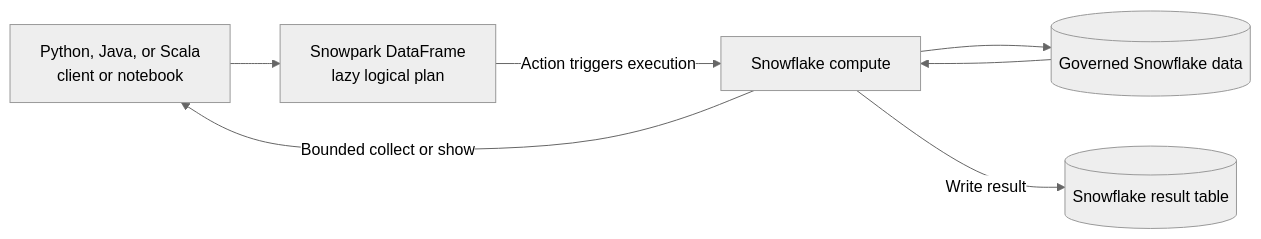
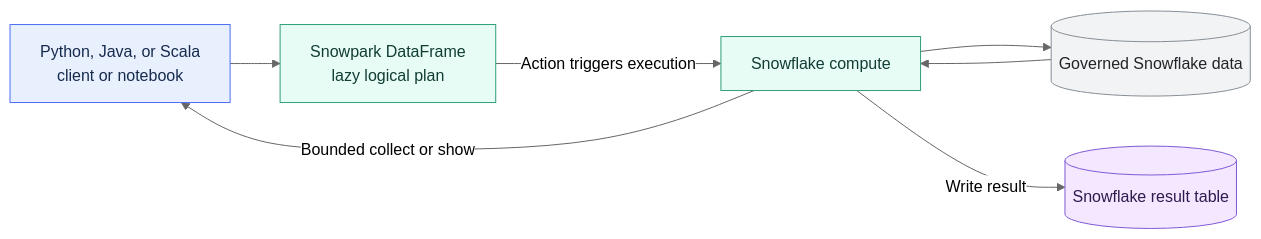
The diagram in 01 Snowflake/05 Advanced Analytics and AI/32 Snowpark.md (shonningsoy/Upskill), drawn with Mermaid (neutral theme) before and after one commit. The commit also changed other lines of this file and 12 other files, not shown here.

````diff
--- a/01 Snowflake/05 Advanced Analytics and AI/32 Snowpark.md
+++ b/01 Snowflake/05 Advanced Analytics and AI/32 Snowpark.md
@@ -70,9 +73,19 @@
 ```mermaid
 flowchart LR
     APP[Python, Java, or Scala<br/>client or notebook] --> PLAN[Snowpark DataFrame<br/>lazy logical plan]
     PLAN -->|Action triggers execution| WH[Snowflake compute]
     WH --> DATA[(Governed Snowflake data)]
     DATA --> WH
     WH -->|Write result| TABLE[(Snowflake result table)]
     WH -->|Bounded collect or show| APP
+
+    classDef input fill:#E8F0FE,stroke:#4C6EF5,color:#172B4D
+    classDef control fill:#FFF3BF,stroke:#D69E2E,color:#3D2E00
+    classDef snowflake fill:#E6FCF5,stroke:#2F9E7B,color:#123C34
+    classDef platform fill:#F1F3F5,stroke:#868E96,color:#212529
+    classDef output fill:#F3E8FF,stroke:#805AD5,color:#2D1B4E
+    class APP input
+    class PLAN,WH snowflake
+    class DATA platform
+    class TABLE output
 ```
````
